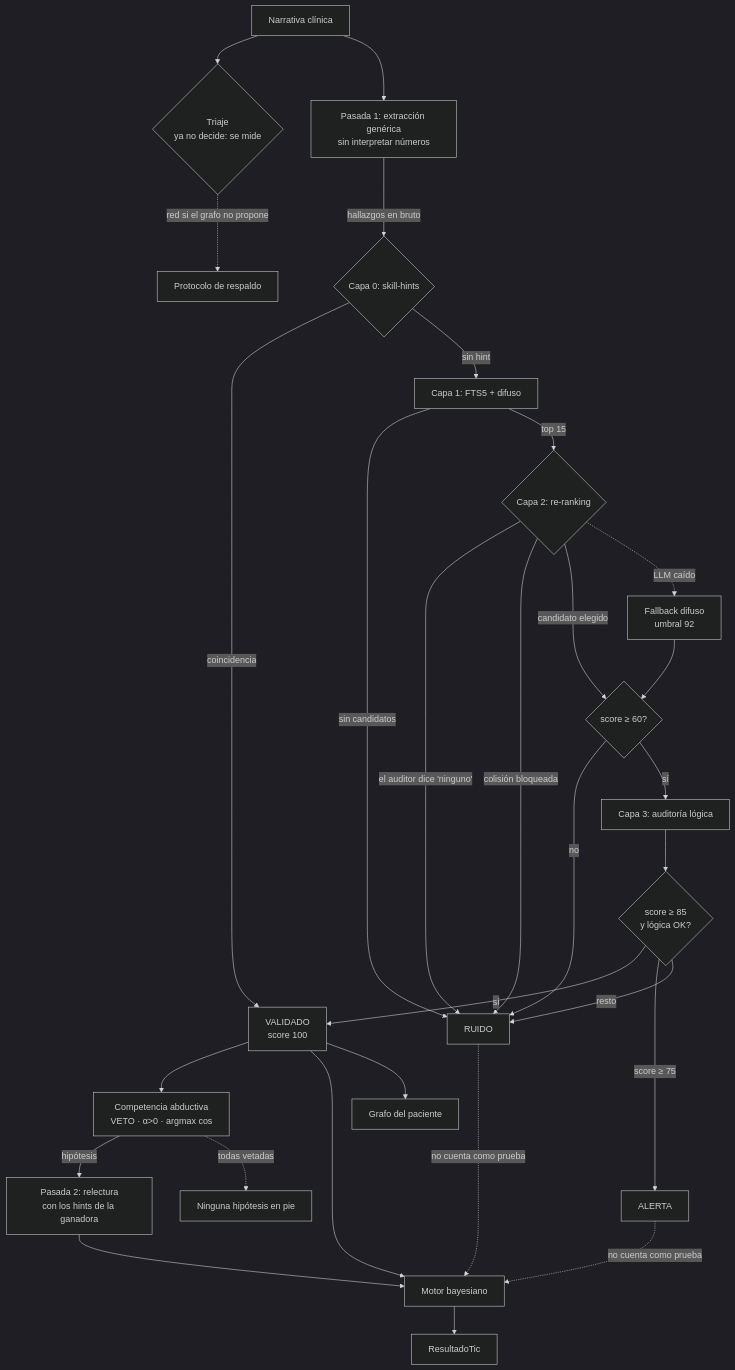
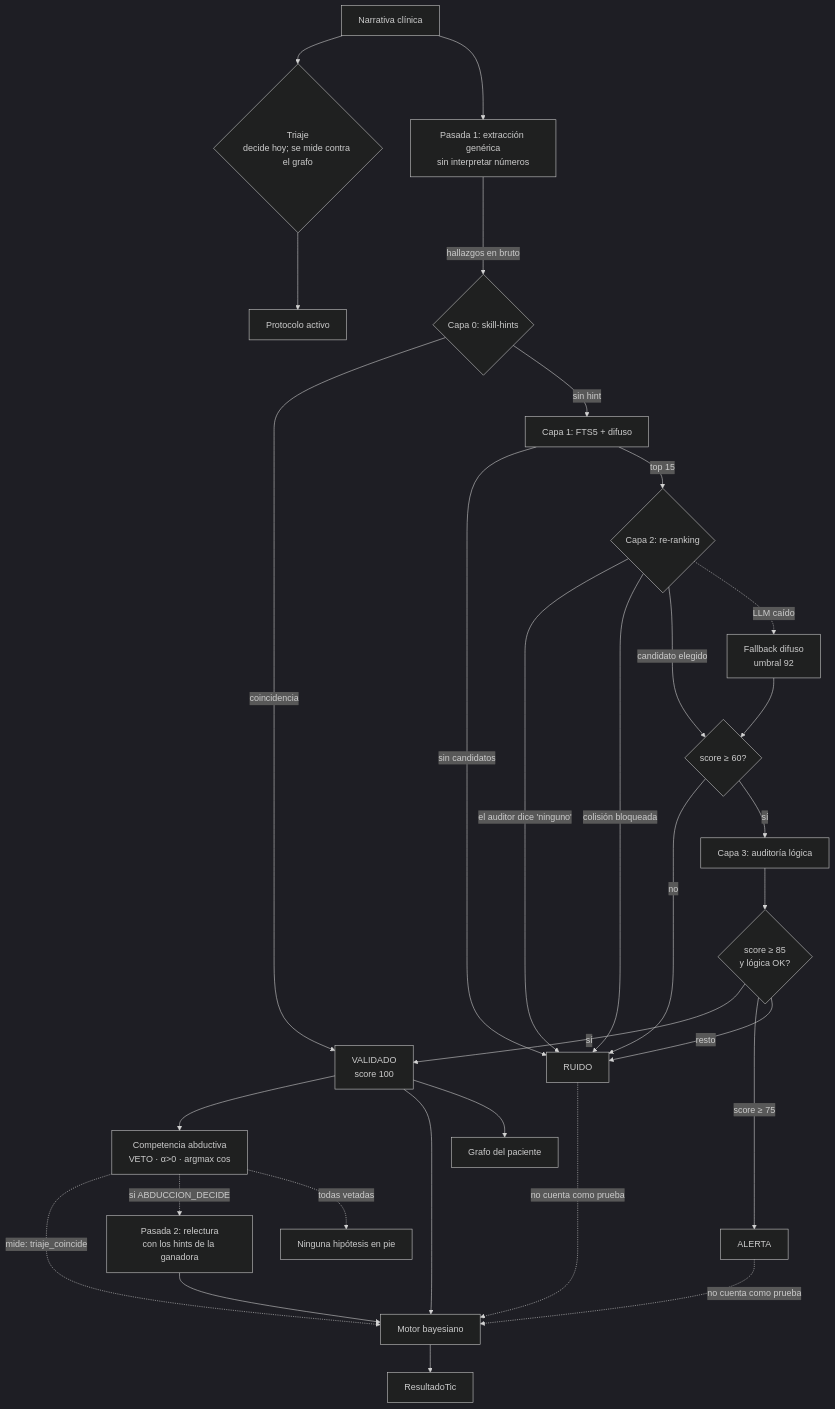
One commit to alcyedmundo281/holonmed changed the diagram in docs/ARQUITECTURA.md. Above: the diagram before and after it, drawn with Mermaid (dark theme). The commit also changed other lines of this file and 4 other files, not shown here.

````diff
--- a/docs/ARQUITECTURA.md
+++ b/docs/ARQUITECTURA.md
@@ -14,39 +14,40 @@
 ```mermaid
 flowchart TD
-    A[Narrativa clínica] --> B{Triaje<br/>ya no decide: se mide}
-    B -.->|red si el grafo no propone| C[Protocolo de respaldo]
+    A[Narrativa clínica] --> B{Triaje<br/>decide hoy; se mide contra el grafo}
+    B --> C[Protocolo activo]
 
     A --> D[Pasada 1: extracción genérica<br/>sin interpretar números]
     D -->|hallazgos en bruto| E{Capa 0: skill-hints}
 
     E -->|coincidencia| V[VALIDADO<br/>score 100]
     E -->|sin hint| F[Capa 1: FTS5 + difuso]
 
     F -->|sin candidatos| R[RUIDO]
     F -->|top 15| G{Capa 2: re-ranking}
 
     G -->|el auditor dice 'ninguno'| R
     G -->|colisión bloqueada| R
     G -->|candidato elegido| H{score ≥ 60?}
     G -.->|LLM caído| I[Fallback difuso<br/>umbral 92]
     I --> H
 
     H -->|no| R
     H -->|sí| J[Capa 3: auditoría lógica]
 
     J --> K{score ≥ 85<br/>y lógica OK?}
     K -->|sí| V
     K -->|score ≥ 75| AL[ALERTA]
     K -->|resto| R
 
     V --> CA[Competencia abductiva<br/>VETO · α>0 · argmax cos]
-    CA -->|hipótesis| P2[Pasada 2: relectura<br/>con los hints de la ganadora]
+    CA -.->|mide: triaje_coincide| M
+    CA -.->|si ABDUCCION_DECIDE| P2[Pasada 2: relectura<br/>con los hints de la ganadora]
     CA -.->|todas vetadas| TV[Ninguna hipótesis en pie]
     P2 --> M
 
     V --> M[Motor bayesiano]
     AL -.->|no cuenta como prueba| M
     R -.->|no cuenta como prueba| M
     M --> N[ResultadoTic]
     V --> G2[Grafo del paciente]
 ```
````
